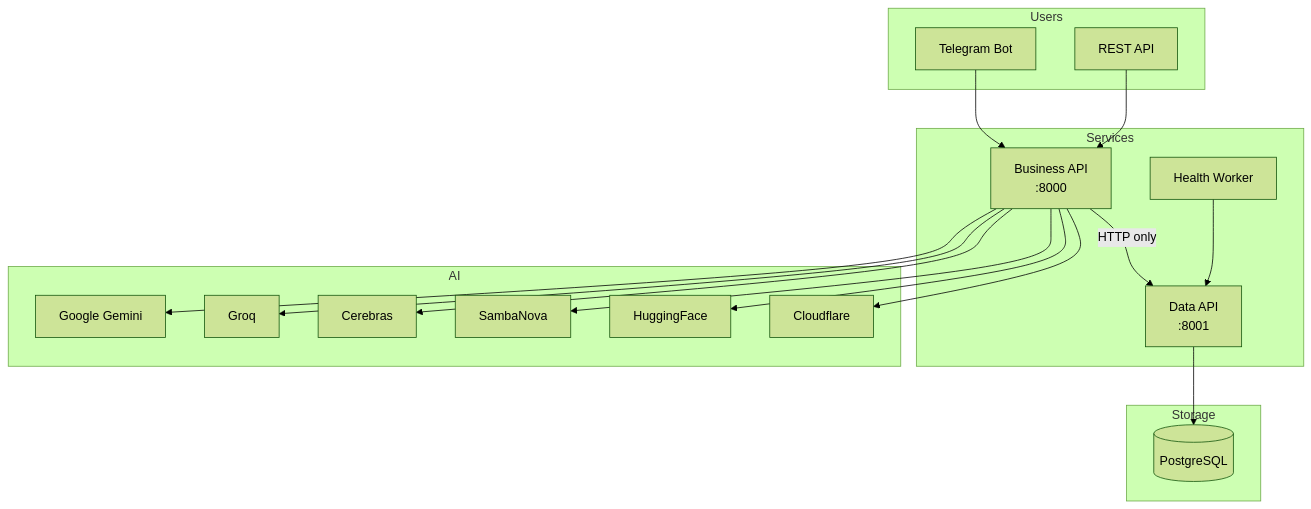
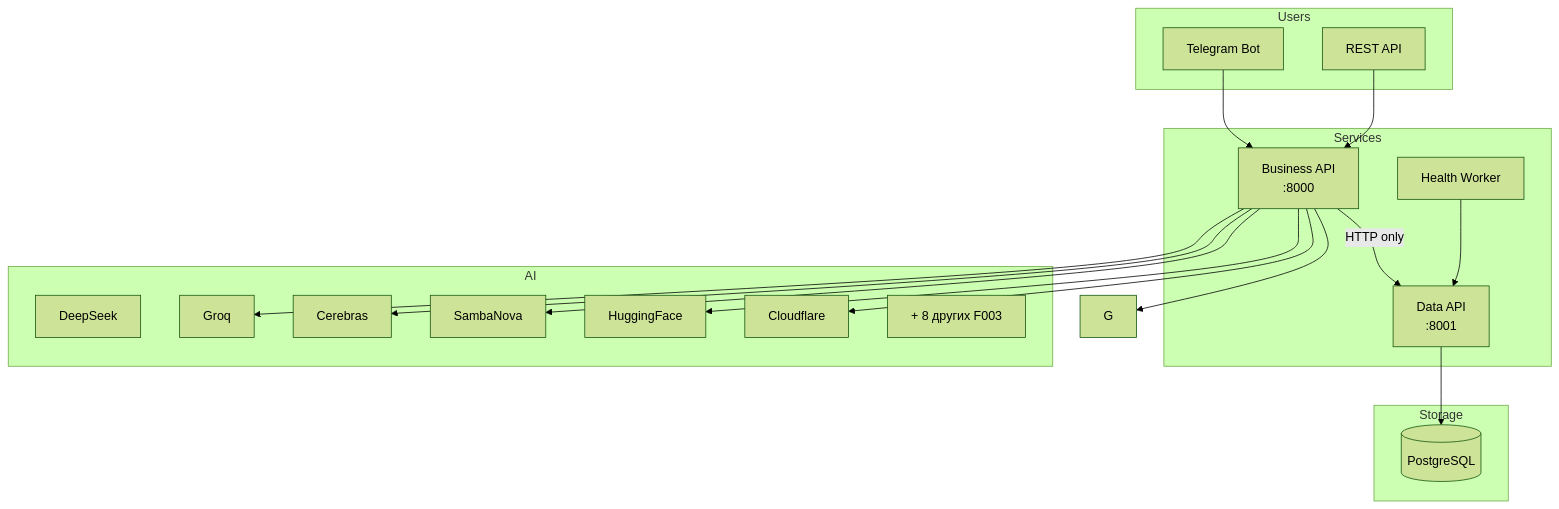
Before and after one commit to bgs2509/free-ai-selector: the diagram in docs/project/overview.md, drawn with Mermaid (forest theme). The commit also changed other lines of this file and 36 other files, not shown here.

First line of the commit message:
feat: remove GoogleGemini and Cohere providers

````diff
--- a/docs/project/overview.md
+++ b/docs/project/overview.md
@@ -51,33 +52,34 @@
 ```mermaid
 graph TB
     subgraph Users
         TG[Telegram Bot]
         API[REST API]
     end
 
     subgraph Services
         BA[Business API<br/>:8000]
         DA[Data API<br/>:8001]
         HW[Health Worker]
     end
 
     subgraph AI
-        G[Google Gemini]
+        DS[DeepSeek]
         GR[Groq]
         C[Cerebras]
         S[SambaNova]
         H[HuggingFace]
         CF[Cloudflare]
+        Others[+ 8 других F003]
     end
 
     subgraph Storage
         PG[(PostgreSQL)]
     end
 
     TG --> BA
     API --> BA
     BA -->|HTTP only| DA
     HW --> DA
     DA --> PG
     BA --> G & GR & C & S & H & CF
 ```
````
